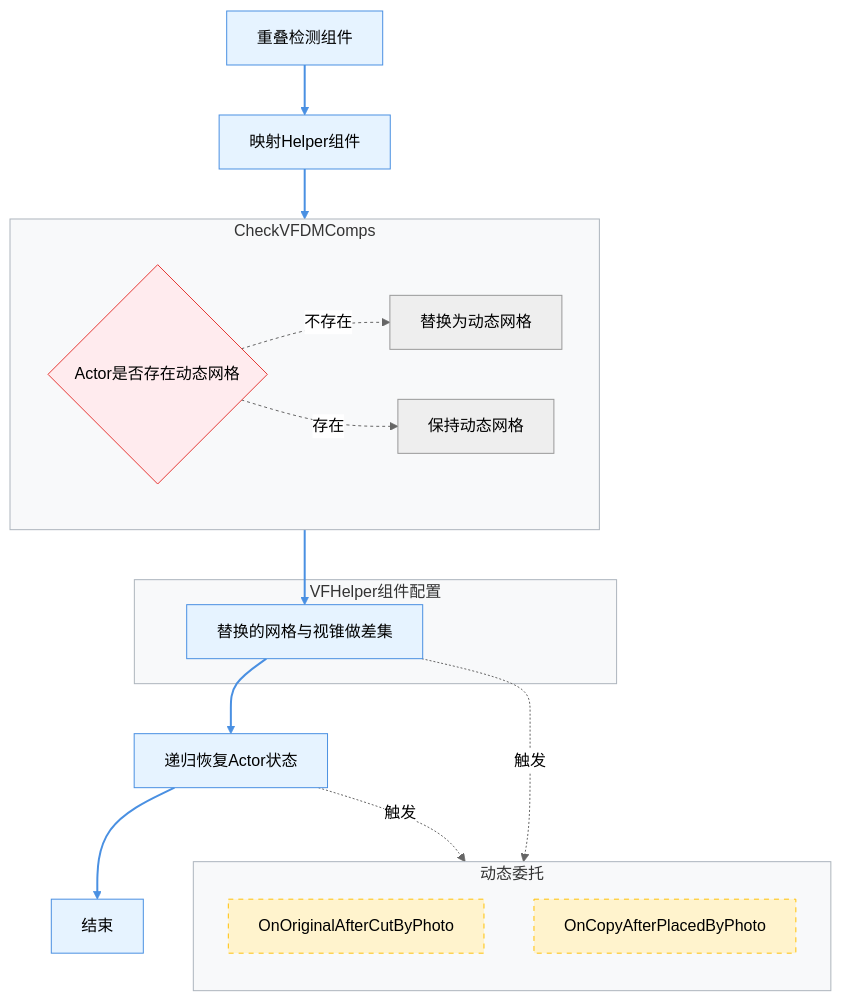
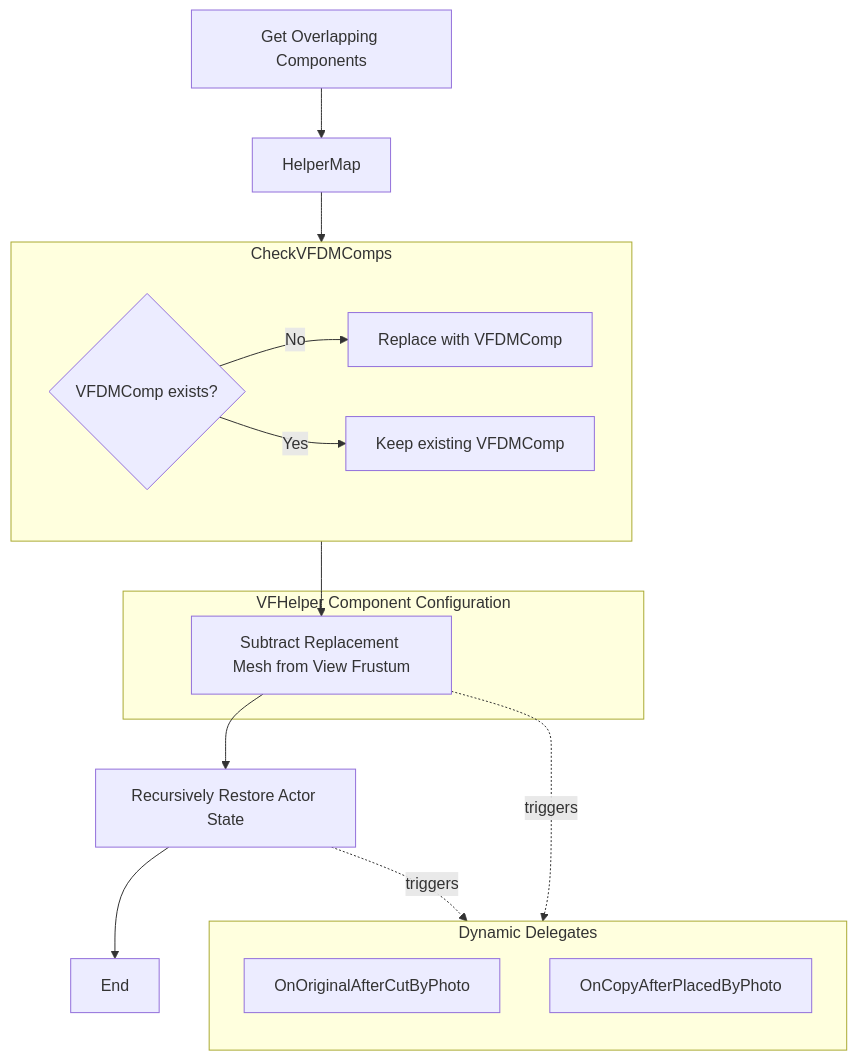
One commit to StrangeDS/ViewFinderRe changed the eighth of 9 diagrams in README.md. Above: the diagram before and after it, drawn with Mermaid. The commit also changed other lines of this file and 1 other file, not shown here.

````diff
--- a/README.md
+++ b/README.md
@@ -651,40 +1341,29 @@
 ```mermaid
-%%{init: {'theme': 'neutral', 'themeVariables': { 'clusterBkg': '#f5f5f5'}}}%%
 flowchart TB
-    A[重叠检测组件] --> B[映射Helper组件] --> sg1 --> C[替换的网格与视锥做差集] --> D[递归恢复Actor状态] --> E[结束]
+    A[Get Overlapping Components] --> B[HelperMap] --> sg1 --> C[Subtract Replacement Mesh from View Frustum] --> D[Recursively Restore Actor State] --> E[End]
 
     subgraph sg1 [CheckVFDMComps]
         direction LR
-        sg1A{Actor是否存在动态网格} -->|不存在| sg1B[替换为动态网格]
-        sg1A -->|存在| sg1C[保持动态网格]
+        sg1A{VFDMComp exists?} -->|No| sg1B[Replace with VFDMComp]
+        sg1A -->|Yes| sg1C[Keep existing VFDMComp]
     end
 
-    subgraph sg2 [VFHelper组件配置]
+    subgraph sg2 [VFHelper Component Configuration]
         C
     end
 
-    subgraph delegates [动态委托]
+    subgraph delegates [Dynamic Delegates]
         direction TB
         dC[OnOriginalAfterCutByPhoto]
         dG[OnCopyAfterPlacedByPhoto]
     end
-
-    %% 修正后的样式定义
-    classDef main fill:#e6f3ff,stroke:#4a90e2;
-    classDef condition fill:#ffebee,stroke:#e53935;
-    classDef delegate fill:#fff3cd,stroke:#ffc107,stroke-dasharray:5 5;
-    classDef subCluster fill:#f8f9fa,stroke:#adb5bd;
 
     class A,B,C,D,E main;
     class sg1A condition;
     class dC,dG delegate;
     class sg1,sg2,delegates subCluster;
 
-    %% 连接线优化
-    C -.->|触发| dC
-    D -.->|触发| dG
-
-    %% 连接线样式
-    linkStyle 0,1,2,3,4 stroke:#4a90e2,stroke-width:2px;
-    linkStyle 5,6 stroke:#666,stroke-dasharray:3;
+    %% Connection Line Optimization
+    C -.->|triggers| dC
+    D -.->|triggers| dG
 ```
````
